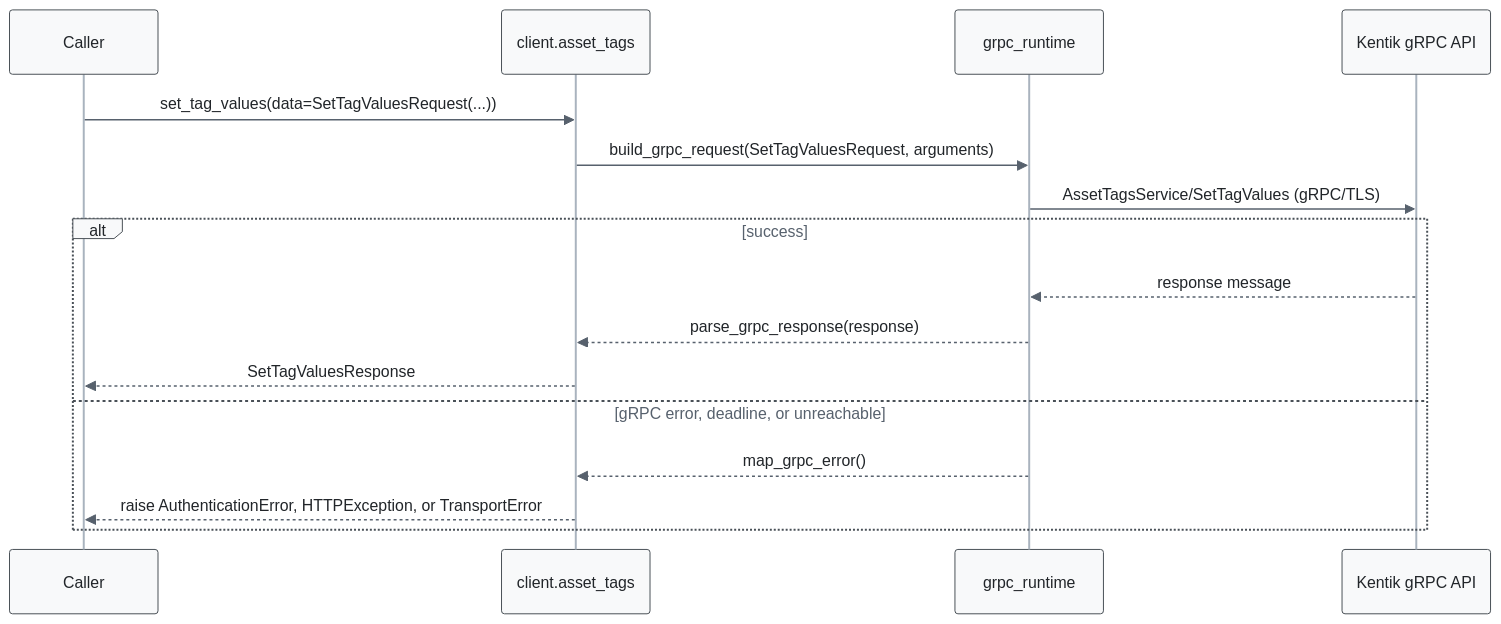
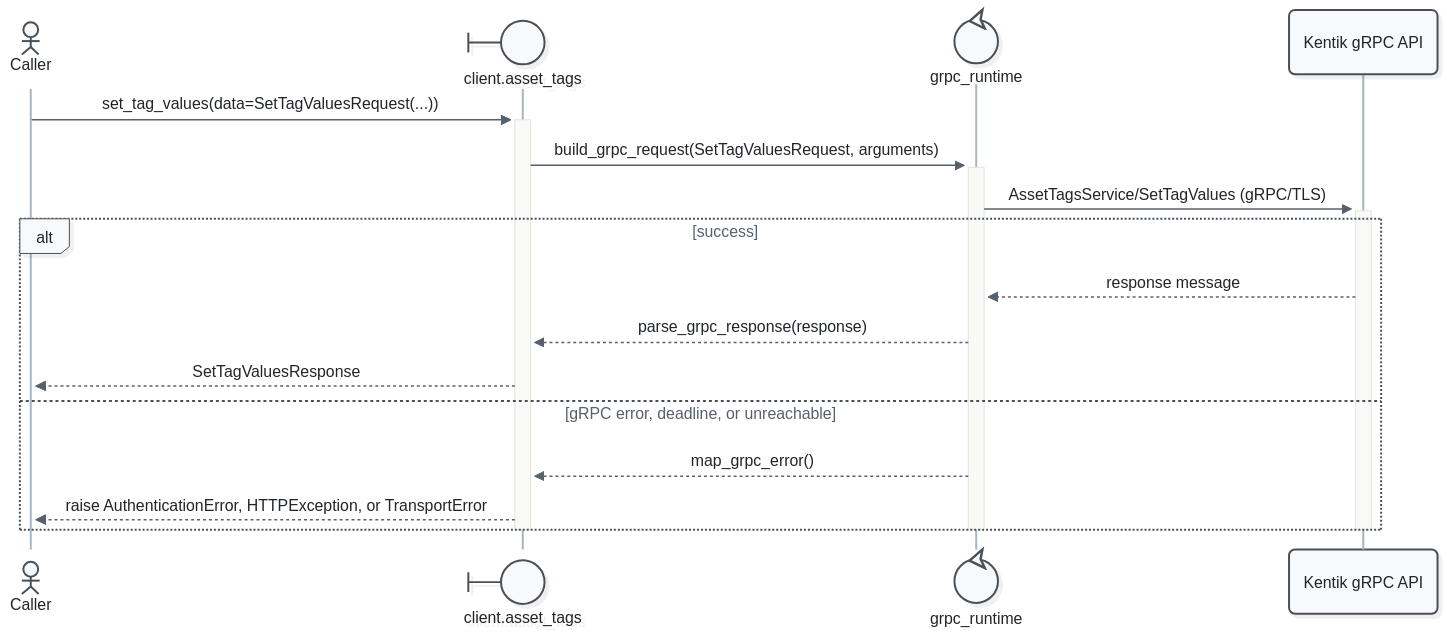
One commit to alexdearaujo/community_sdk_python changed diagram 16 of 19 in docs/sphinx/services/asset_tags.md. Above: the diagram before and after it, drawn with Mermaid. The commit also changed other lines of this file and 52 other files, not shown here.

First line of the commit message:
docs: Mermaid 12 sequence diagrams with participant types and path colors

````diff
--- a/docs/sphinx/services/asset_tags.md
+++ b/docs/sphinx/services/asset_tags.md
@@ -601,20 +638,23 @@
 ```mermaid
-%%{init: {"theme": "base", "fontFamily": "ui-monospace, SFMono-Regular, Menlo, monospace", "themeVariables": {"fontFamily": "ui-monospace, SFMono-Regular, Menlo, monospace", "primaryColor": "#f8f9fa", "primaryBorderColor": "#495057", "primaryTextColor": "#212529", "textColor": "#212529", "lineColor": "#77818c", "edgeLabelBackground": "#ffffff", "actorBkg": "#f8f9fa", "actorBorder": "#495057", "actorTextColor": "#212529", "actorLineColor": "#a9b3be", "signalColor": "#57616d", "signalTextColor": "#212529", "labelBoxBkgColor": "#f8f9fa", "labelBoxBorderColor": "#495057", "labelTextColor": "#212529", "loopTextColor": "#57616d", "noteBkgColor": "#fff9db", "noteBorderColor": "#f08c00", "noteTextColor": "#a35a00"}, "flowchart": {"curve": "step", "nodeSpacing": 30, "rankSpacing": 70, "wrappingWidth": 400}}}%%
+%%{init: {"theme": "redux", "look": "neo", "layout": "dagre", "fontFamily": "ui-monospace, SFMono-Regular, Menlo, monospace", "themeVariables": {"fontFamily": "ui-monospace, SFMono-Regular, Menlo, monospace", "primaryColor": "#f8f9fa", "primaryBorderColor": "#495057", "primaryTextColor": "#212529", "textColor": "#212529", "lineColor": "#77818c", "edgeLabelBackground": "#ffffff", "actorBkg": "#f8f9fa", "actorBorder": "#495057", "actorTextColor": "#212529", "actorLineColor": "#a9b3be", "signalColor": "#57616d", "signalTextColor": "#212529", "labelBoxBkgColor": "#f8f9fa", "labelBoxBorderColor": "#495057", "labelTextColor": "#212529", "loopTextColor": "#57616d", "noteBkgColor": "#fff9db", "noteBorderColor": "#f08c00", "noteTextColor": "#a35a00"}, "sequence": {"activationWidth": 16}, "flowchart": {"curve": "step", "nodeSpacing": 30, "rankSpacing": 70, "wrappingWidth": 400}}}%%
 sequenceDiagram
-    participant C as Caller
-    participant W as client.asset_tags
-    participant R as grpc_runtime
+    actor C as Caller
+    participant W@{ "type": "boundary" } as client.asset_tags
+    participant R@{ "type": "control" } as grpc_runtime
     participant API as Kentik gRPC API
 
-    C->>W: set_tag_values(data=SetTagValuesRequest(...))
-    W->>R: build_grpc_request(SetTagValuesRequest, arguments)
-    R->>API: AssetTagsService/SetTagValues (gRPC/TLS)
+    C->>+W: set_tag_values(data=SetTagValuesRequest(...))
+    W->>+R: build_grpc_request(SetTagValuesRequest, arguments)
+    R->>+API: AssetTagsService/SetTagValues (gRPC/TLS)
     alt success
         API-->>R: response message
         R-->>W: parse_grpc_response(response)
         W-->>C: SetTagValuesResponse
     else gRPC error, deadline, or unreachable
         R-->>W: map_grpc_error()
         W-->>C: raise AuthenticationError, HTTPException, or TransportError
     end
+    deactivate API
+    deactivate R
+    deactivate W
 ```
````
